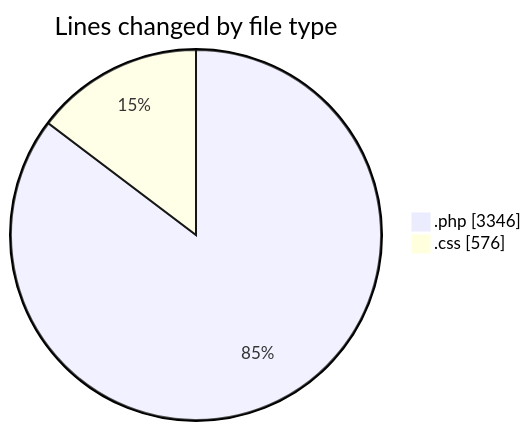
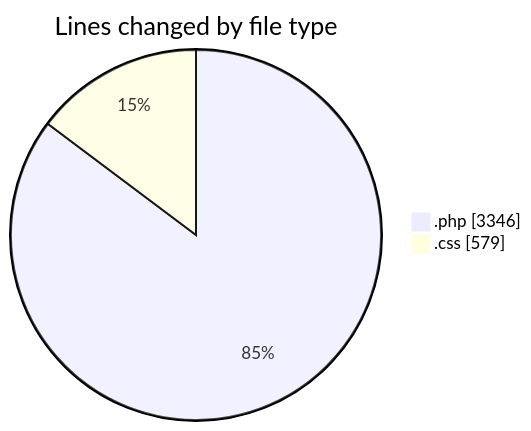
One commit to debugP/code-tracking changed the first of 2 diagrams in 2025-08-26/woocommerce-custom-product-bundles/README.md. Above: the diagram before and after it, drawn with Mermaid. The commit also changed other lines of this file and 1 other file, not shown here.

````diff
--- a/2025-08-26/woocommerce-custom-product-bundles/README.md
+++ b/2025-08-26/woocommerce-custom-product-bundles/README.md
@@ -21,6 +21,6 @@
 ```mermaid
 pie showData
 title Lines changed by file type
 ".php" : 3346
-".css" : 576
+".css" : 579
 ```
````
